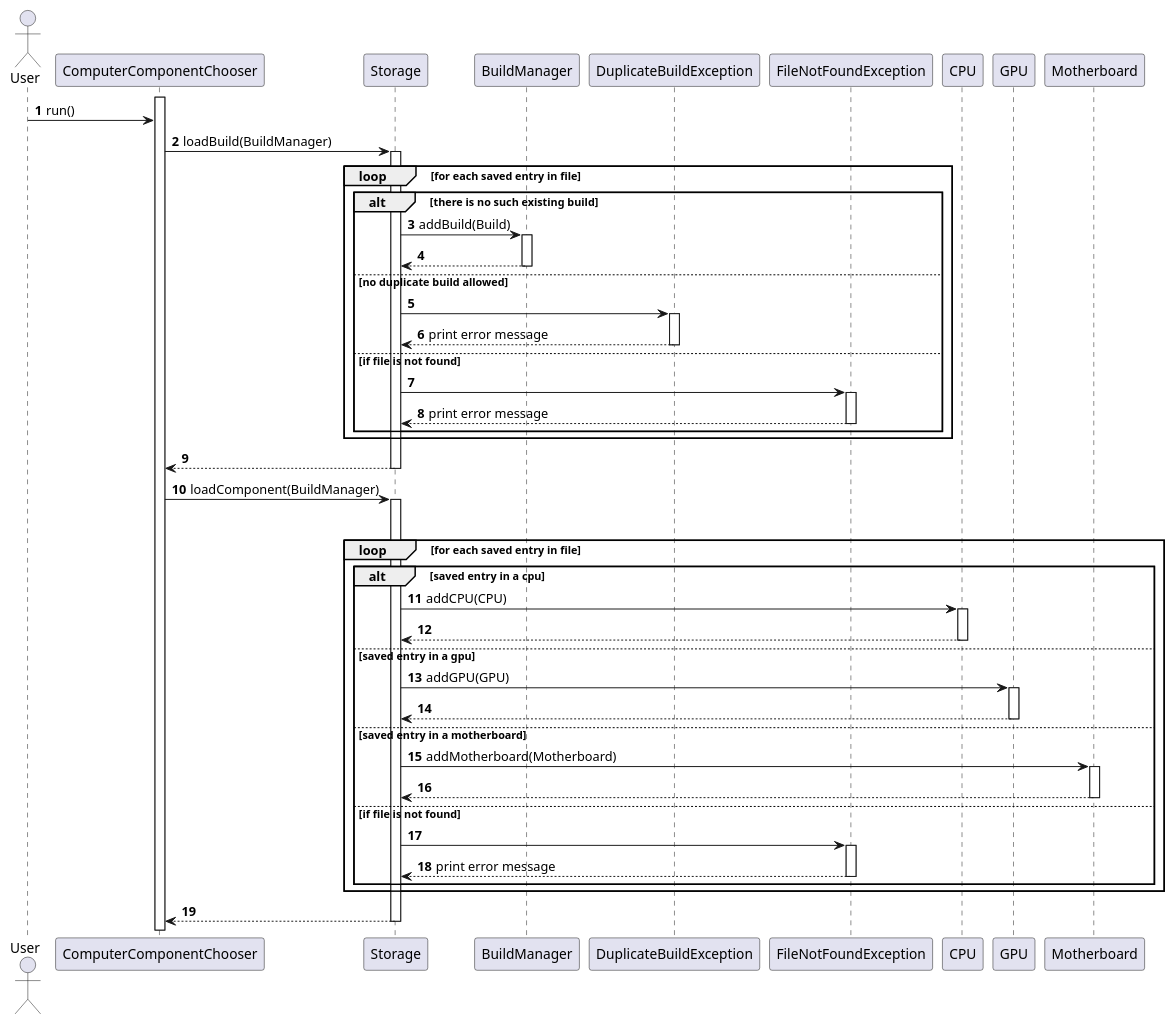
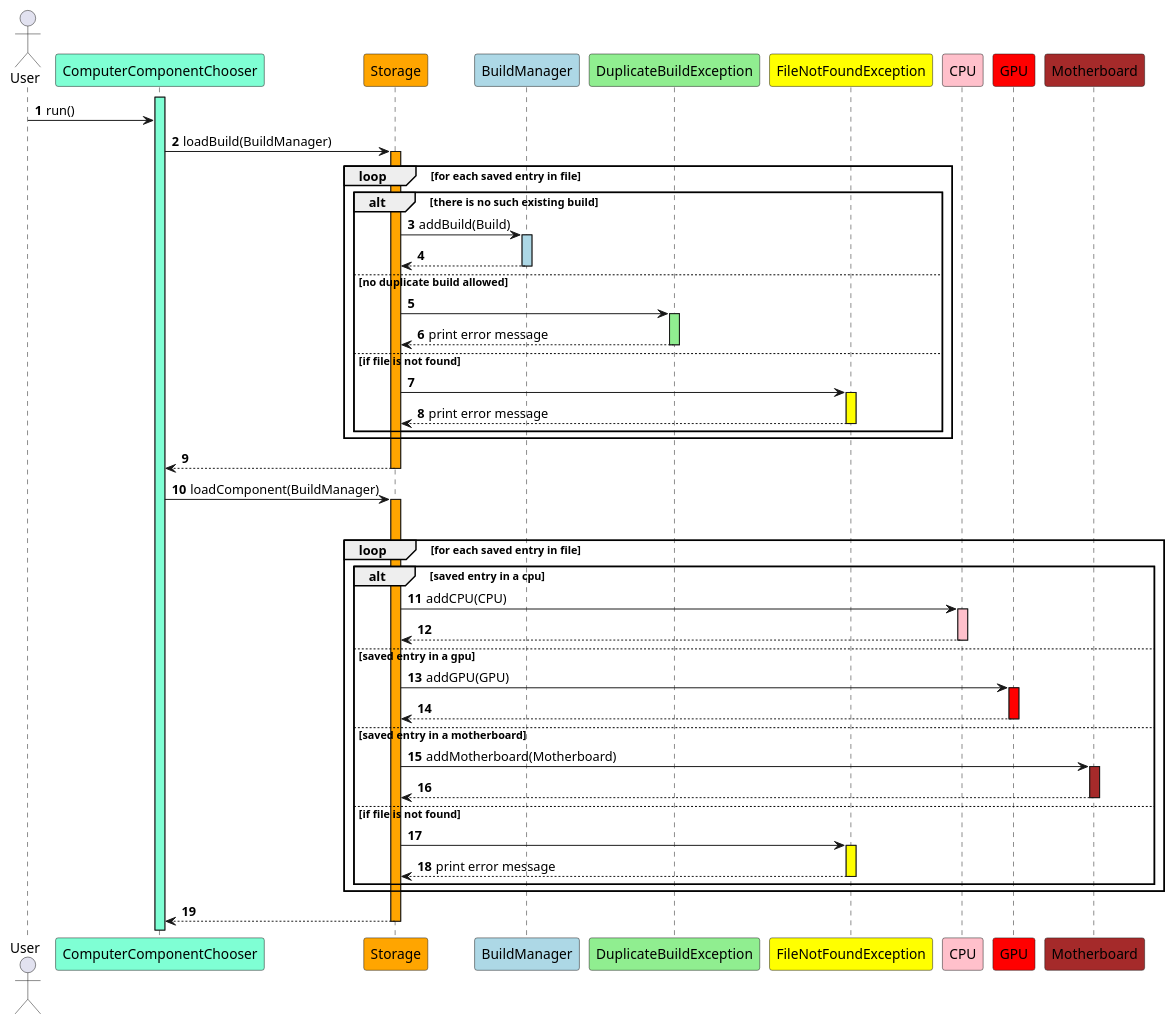
One commit to nus-cs2113-AY2223S1/tp changed the diagram in docs/puml/StorageLoadSequence.puml. Above: the diagram before and after it, drawn with PlantUML. The commit also changed 6 other files, not shown here.

```diff
--- a/docs/puml/StorageLoadSequence.puml
+++ b/docs/puml/StorageLoadSequence.puml
@@ -1,67 +1,69 @@
 @startuml
 'https://plantuml.com/sequence-diagram
 
 autonumber
 
 Actor User
-Participant "ComputerComponentChooser" as ComputerComponentChooser
-Participant "Storage" as Storage
-Participant "BuildManager" as BuildManager
-Participant "DuplicateBuildException" as DuplicateBuildException
-Participant "FileNotFoundException" as FileNotFoundException
-Participant "CPU" as CPU
+Participant "ComputerComponentChooser" as ComputerComponentChooser #AquaMarine
+Participant "Storage" as Storage #Orange
+Participant "BuildManager" as BuildManager #LightBlue
+Participant "DuplicateBuildException" as DuplicateBuildException #LightGreen
+Participant "FileNotFoundException" as FileNotFoundException #Yellow
+Participant "CPU" as CPU #Pink
+Participant "GPU" as GPU #red
+Participant "Motherboard" as Motherboard #Brown
 
-activate ComputerComponentChooser
+activate ComputerComponentChooser #AquaMarine
 User -> ComputerComponentChooser: run()
 ComputerComponentChooser -> Storage: loadBuild(BuildManager)
-activate Storage
+activate Storage #Orange
 
 loop for each saved entry in file
     alt there is no such existing build
         Storage -> BuildManager: addBuild(Build)
-        activate BuildManager
+        activate BuildManager #LightBlue
         return
     else no duplicate build allowed
         Storage -> DuplicateBuildException
-        activate DuplicateBuildException
+        activate DuplicateBuildException #LightGreen
         return print error message
     else if file is not found
         Storage -> FileNotFoundException
-        activate FileNotFoundException
+        activate FileNotFoundException #Yellow
         return print error message
     end
 end
 return
 
 ComputerComponentChooser -> Storage: loadComponent(BuildManager)
-activate Storage
+activate Storage #Orange
 loop for each build in BuildManager
     loop for each saved entry in file
         alt saved entry in a cpu
             Storage -> CPU: addCPU(CPU)
-            activate CPU
+            activate CPU #Pink
             return
         else saved entry in a gpu
             Storage -> GPU: addGPU(GPU)
-            activate GPU
+            activate GPU #red
             return
         else saved entry in a motherboard
             Storage -> Motherboard: addMotherboard(Motherboard)
-            activate Motherboard
+            activate Motherboard #Brown
             return
         else if file is not found
                 Storage -> FileNotFoundException
-                activate FileNotFoundException
+                activate FileNotFoundException #Yellow
                 return print error message
     end
 end
 
 return
 
 
 
 
 
 
 
 @enduml
```
